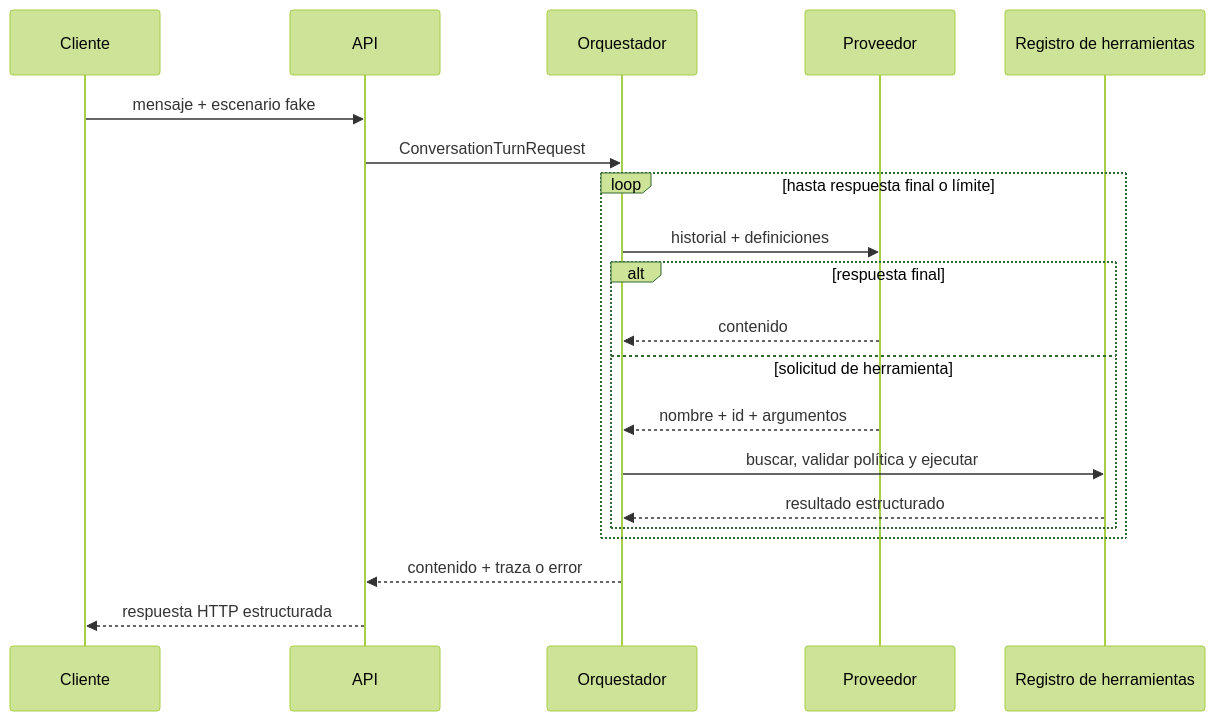
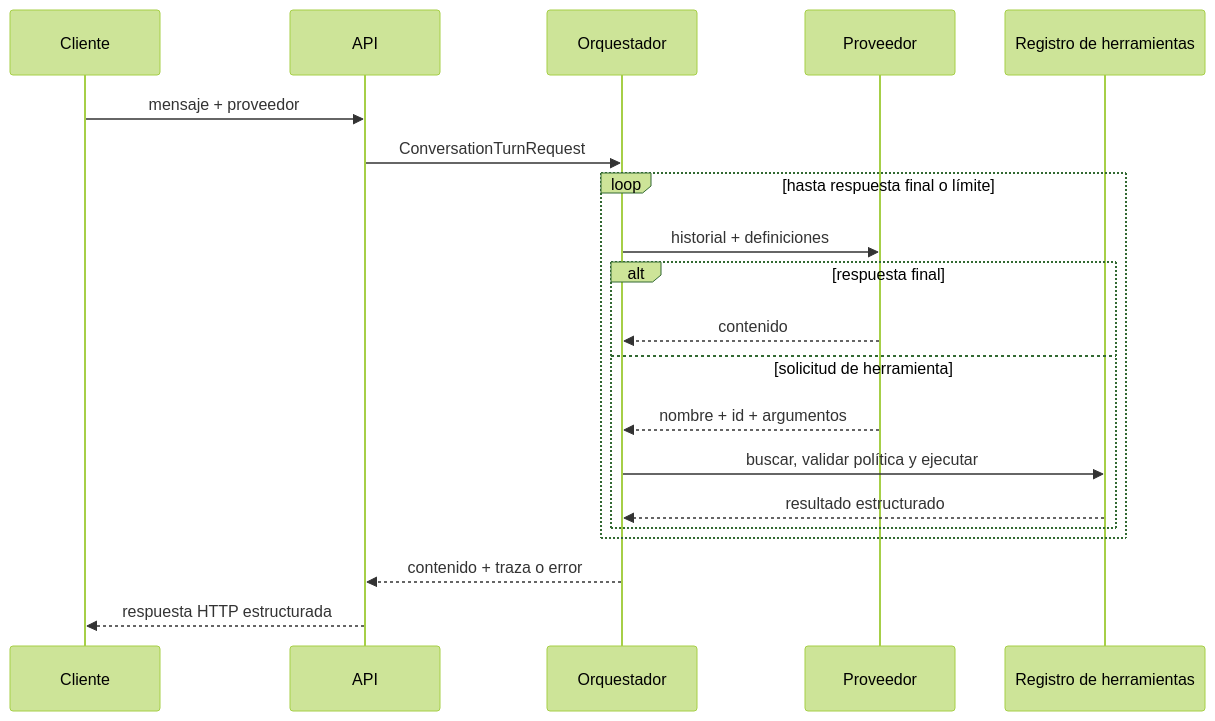
Before and after one commit to carlos-aisa/LocalAssistant: the first of 2 diagrams in docs/ARCHITECTURE.md, drawn with Mermaid (forest theme). The commit also changed other lines of this file and 16 other files, not shown here.

````diff
--- a/docs/ARCHITECTURE.md
+++ b/docs/ARCHITECTURE.md
@@ -18,23 +20,23 @@
 ```mermaid
 sequenceDiagram
     participant Client as Cliente
     participant API as API
     participant O as Orquestador
     participant P as Proveedor
     participant T as Registro de herramientas
 
-    Client->>API: mensaje + escenario fake
+    Client->>API: mensaje + proveedor
     API->>O: ConversationTurnRequest
     loop hasta respuesta final o límite
         O->>P: historial + definiciones
         alt respuesta final
             P-->>O: contenido
         else solicitud de herramienta
             P-->>O: nombre + id + argumentos
             O->>T: buscar, validar política y ejecutar
             T-->>O: resultado estructurado
         end
     end
     O-->>API: contenido + traza o error
     API-->>Client: respuesta HTTP estructurada
 ```
````
